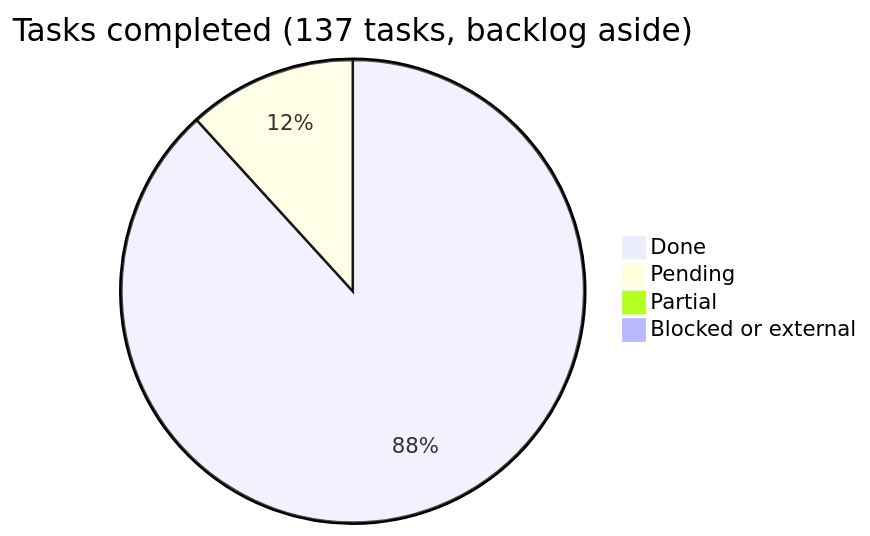
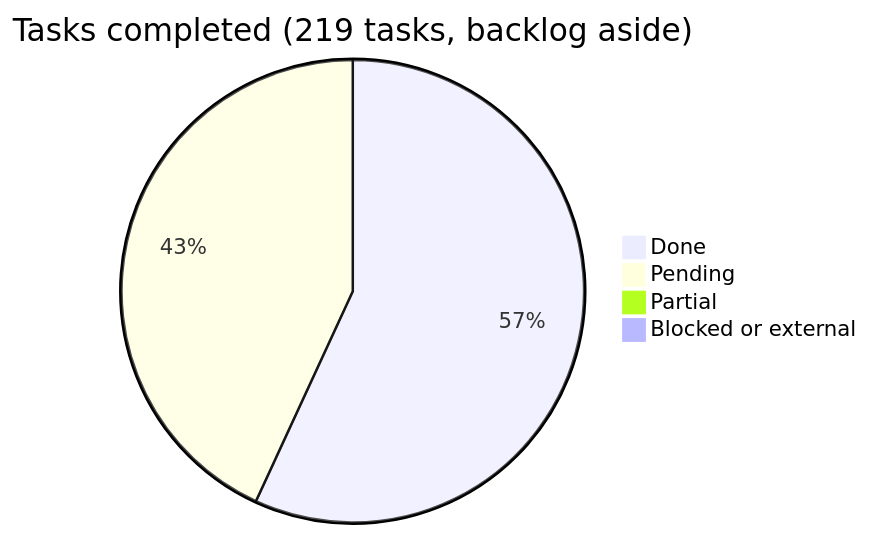
One commit to araguaney-lat/araguaney-app changed the diagram in docs/roadmap/README.md. Above: the diagram before and after it, drawn with Mermaid. The commit also changed other lines of this file and 16 other files, not shown here.

````diff
--- a/docs/roadmap/README.md
+++ b/docs/roadmap/README.md
@@ -29,7 +38,7 @@
 ```mermaid
-pie title Tasks completed (137 tasks, backlog aside)
-    "Done" : 120
-    "Pending" : 16
+pie title Tasks completed (219 tasks, backlog aside)
+    "Done" : 124
+    "Pending" : 94
     "Partial" : 1
     "Blocked or external" : 0
 ```
````
